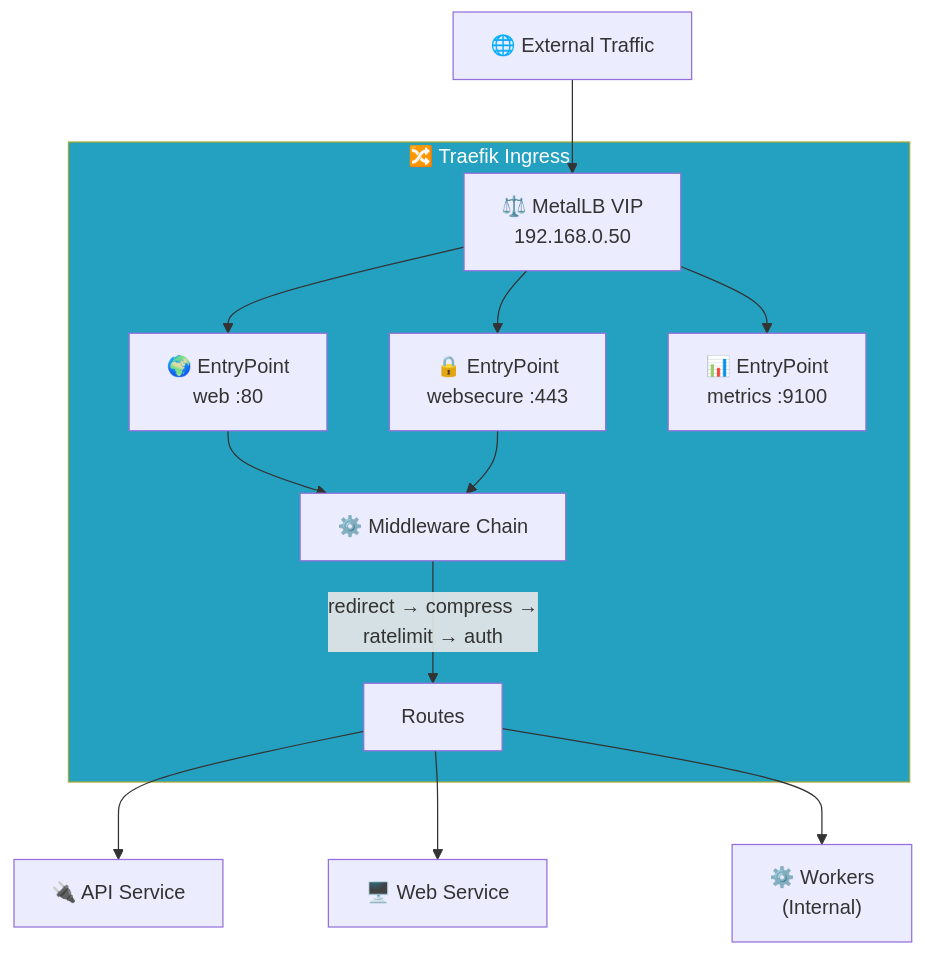
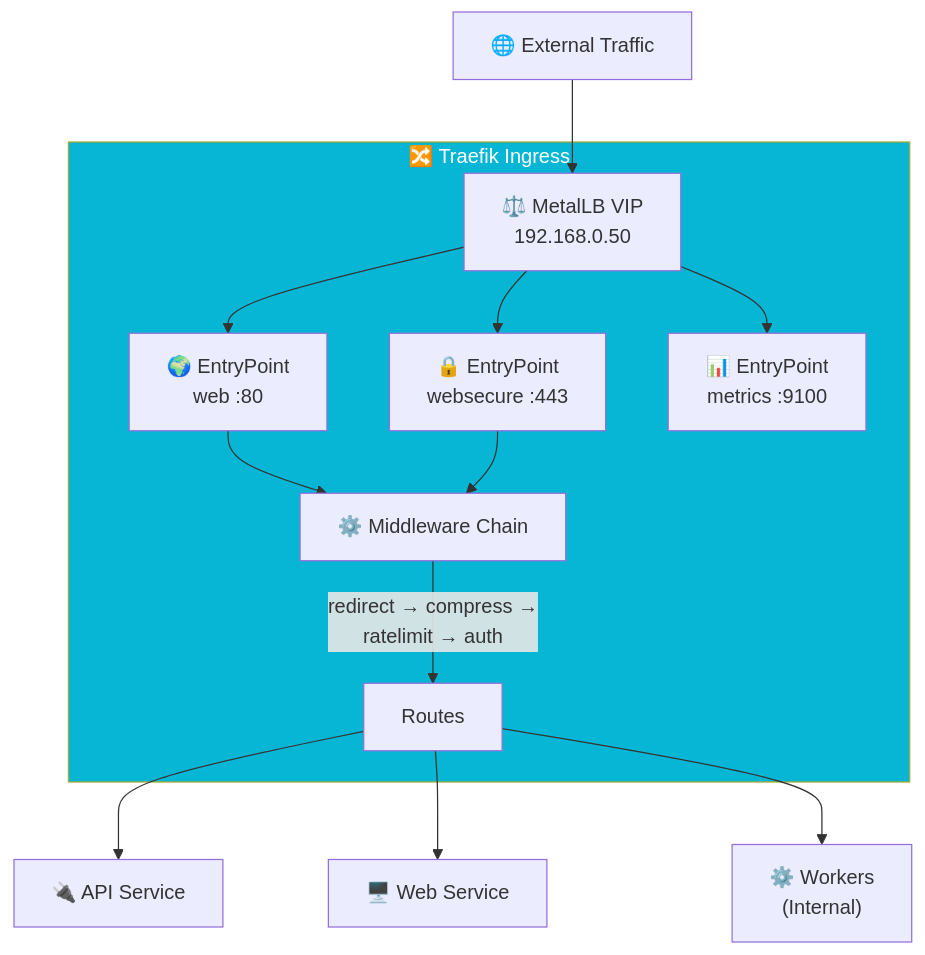
The diagram in src/content/blog/traefik-ingress-kubernetes.mdx (viktorrobin/bluerobin-blog), drawn with Mermaid before and after one commit. The commit also changed other lines of this file and 127 other files, not shown here.

````diff
--- a/src/content/blog/traefik-ingress-kubernetes.mdx
+++ b/src/content/blog/traefik-ingress-kubernetes.mdx
@@ -21,20 +49,25 @@
 ```mermaid
 flowchart TB
     Traffic["🌐 External Traffic"] --> VIP["⚖️ MetalLB VIP\n192.168.0.50"]
     
     subgraph Traefik["🔀 Traefik Ingress"]
         VIP --> Web["🌍 EntryPoint\nweb :80"]
         VIP --> Secure["🔒 EntryPoint\nwebsecure :443"]
         VIP --> Metrics["📊 EntryPoint\nmetrics :9100"]
         
         Web --> MW["⚙️ Middleware Chain"]
         Secure --> MW
         MW --> |"redirect → compress →\nratelimit → auth"| Routes
     end
     
     Routes --> API["🔌 API Service"]
     Routes --> WebSvc["🖥️ Web Service"]
     Routes --> Workers["⚙️ Workers\n(Internal)"]
 
-    style Traefik fill:#24a1c1,color:#fff
+    classDef primary fill:#7c3aed,color:#fff
+    classDef secondary fill:#06b6d4,color:#fff
+    classDef db fill:#f43f5e,color:#fff
+    classDef warning fill:#fbbf24,color:#000
+
+    class Traefik secondary
 ```
````
